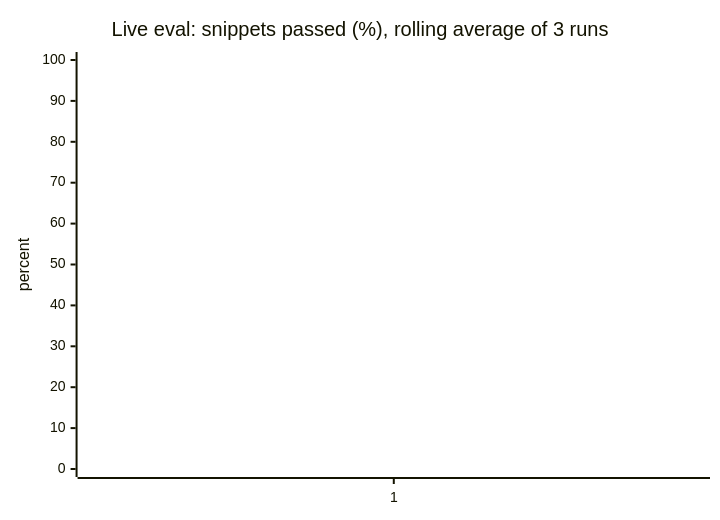
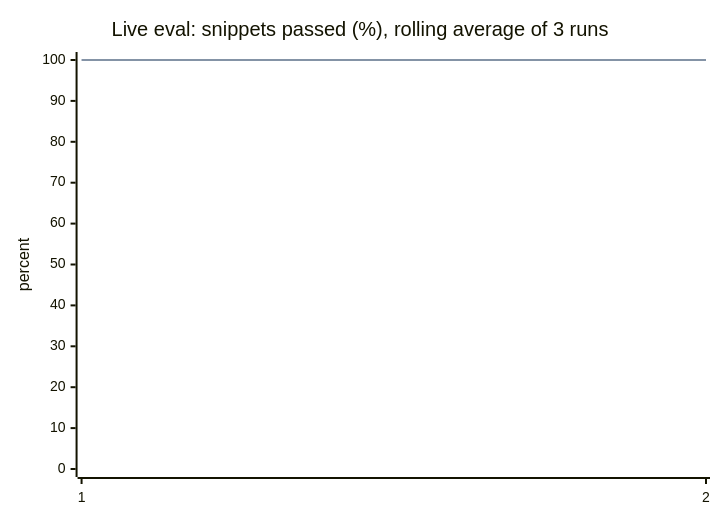
The first of 2 diagrams in docs/eval-history.md (subhiandrews/codecheck), drawn with Mermaid before and after one commit. The commit also changed other lines of this file and 1 other file, not shown here.

Commit message:
docs: record the live eval run for the GitLab sandbox fixes
Live eval at 7bc9da7: 5 of 5 cases passed, $1.93.

````diff
--- a/docs/eval-history.md
+++ b/docs/eval-history.md
@@ -12,8 +12,8 @@
 ```mermaid
 xychart-beta
     title "Live eval: snippets passed (%), rolling average of 3 runs"
-    x-axis [1]
+    x-axis [1, 2]
     y-axis "percent" 0 --> 100
-    line [100]
-    line [100]
+    line [100, 100]
+    line [100, 100]
 ```
````
